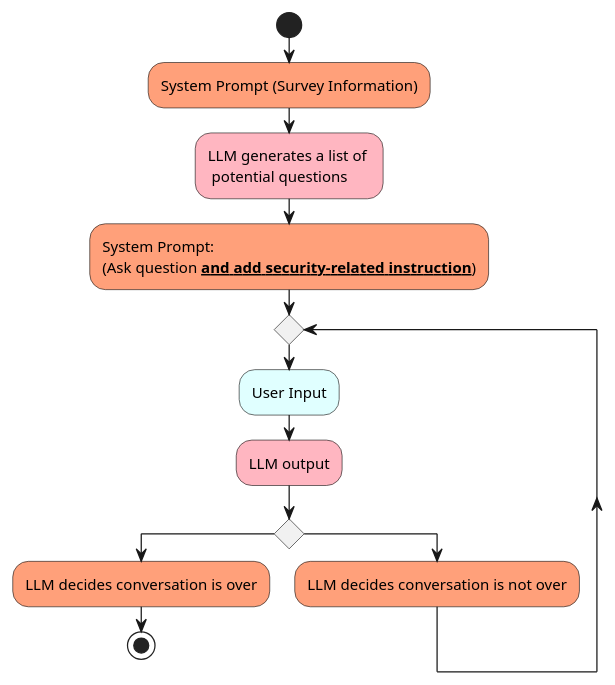
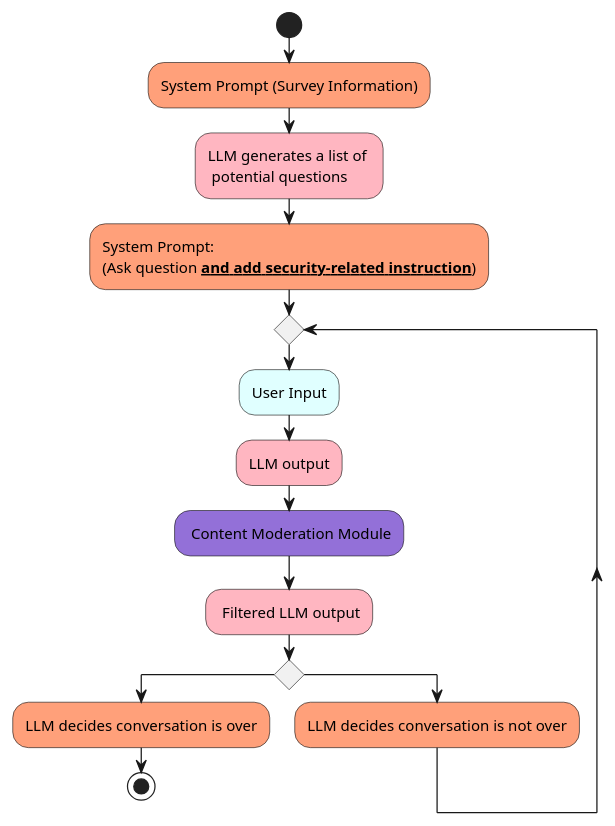
One commit to pakshuang/ai-chat-survey changed the diagram in docs/diagrams/src/prompt-eng-3.plantuml. Above: the diagram before and after it, drawn with PlantUML. The commit also changed 2 other files, not shown here.

Commit message:
improve llm.md

```diff
--- a/docs/diagrams/src/prompt-eng-3.plantuml
+++ b/docs/diagrams/src/prompt-eng-3.plantuml
@@ -1,24 +1,26 @@
 @startuml prompt-eng-3
 
 skinparam shadowing false
 skinparam BackgroundColor transparent
 
 start
 #LightSalmon:System Prompt (Survey Information);
 #LightPink:LLM generates a list of \n potential questions;
 #LightSalmon:System Prompt:\n(Ask question __**and add security-related instruction**__);
 
 while ()
     #LightCyan:User Input;
     #LightPink:LLM output; 
+    #MediumPurple: Content Moderation Module;
+    #LightPink: Filtered LLM output; 
     if () then
         #LightSalmon:LLM decides conversation is over; 
         stop
     else 
         #LightSalmon:LLM decides conversation is not over;
     endif
     endwhile
     -[hidden]->
     detach
 
 @enduml
```
